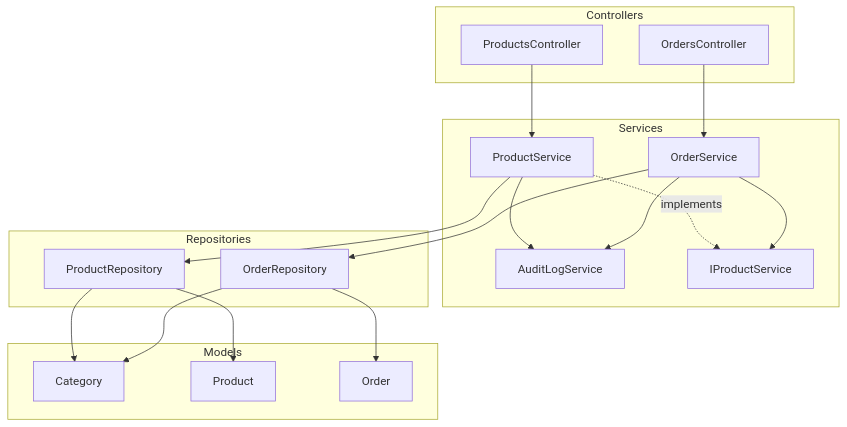
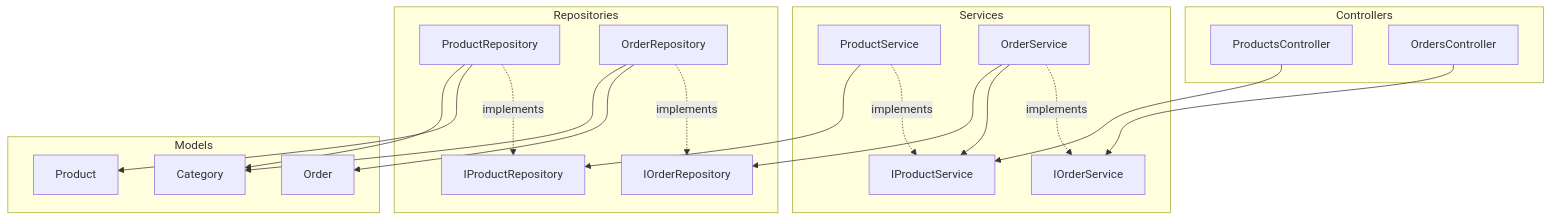
One commit to kzzis/document changed the second of 2 diagrams in vertical-slice-vs-layered.md. Above: the diagram before and after it, drawn with Mermaid. The commit also changed other lines of this file, not shown here.

````diff
--- a/vertical-slice-vs-layered.md
+++ b/vertical-slice-vs-layered.md
@@ -199,38 +196,41 @@
 ```mermaid
 graph TB
     subgraph Controllers
         PC[ProductsController]
         OC[OrdersController]
     end
 
     subgraph Services
-        SShared[AuditLogService]
         IPS[IProductService]
+        IOS[IOrderService]
         PS[ProductService]
         OS[OrderService]
     end
 
     subgraph Repositories
+        IPR[IProductRepository]
+        IOR[IOrderRepository]
         PR[ProductRepository]
         OR[OrderRepository]
     end
 
     subgraph Models
         MShared[Category]
         PM[Product]
         OM[Order]
     end
 
-    PC --> PS
-    OC --> OS
+    PC --> IPS
+    OC --> IOS
     PS -. implements .-> IPS
+    OS -. implements .-> IOS
     OS --> IPS
-    PS --> PR
-    OS --> OR
-    PS --> SShared
-    OS --> SShared
+    PS --> IPR
+    OS --> IOR
+    PR -. implements .-> IPR
+    OR -. implements .-> IOR
     PR --> PM
     PR --> MShared
     OR --> OM
     OR --> MShared
 ```
````
